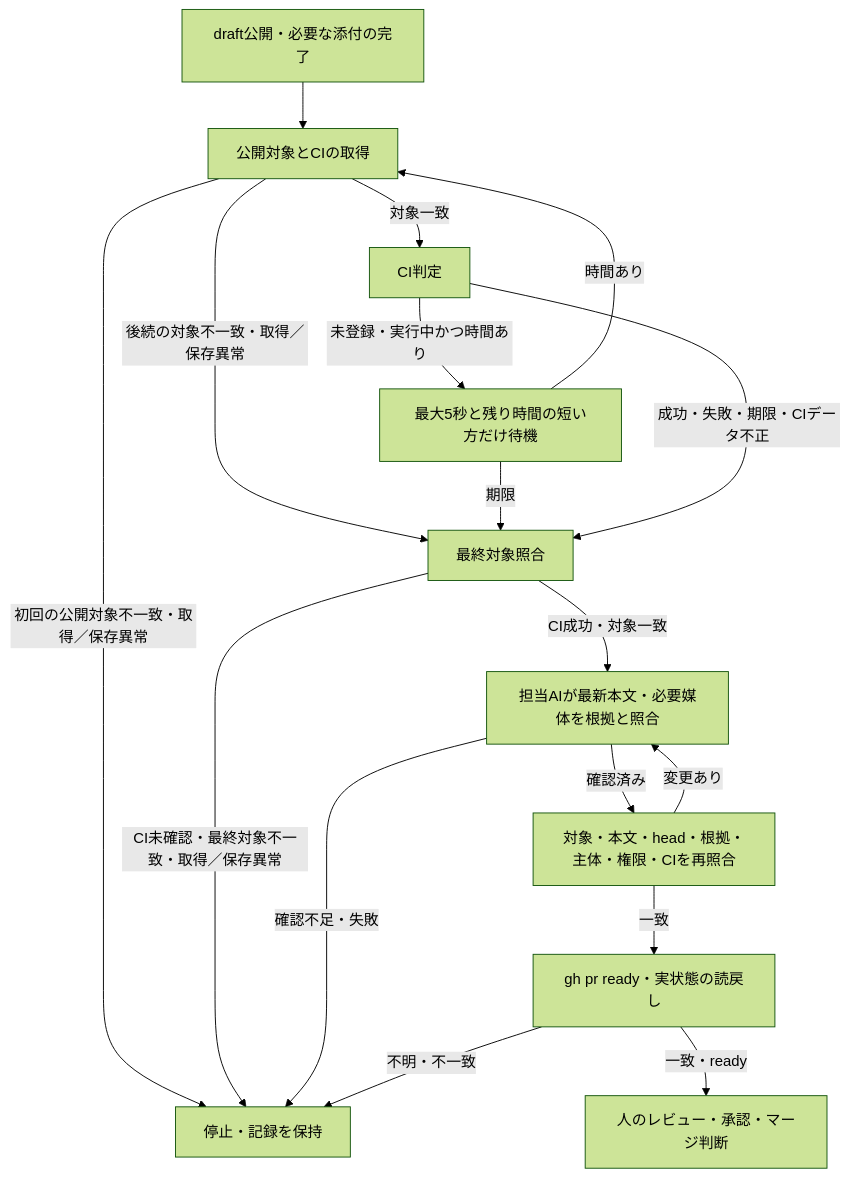
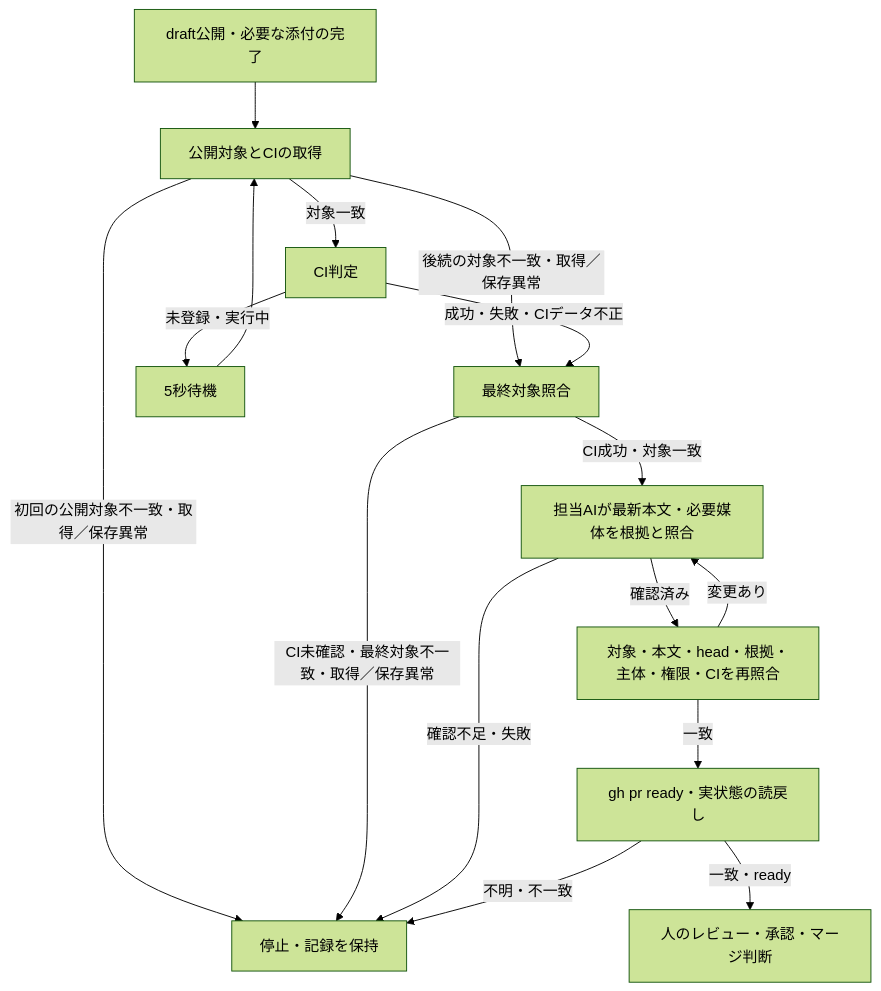
One commit to thkt/dotagents changed the diagram in scripts/README.md. Above: the diagram before and after it, drawn with Mermaid (forest theme). The commit also changed other lines of this file and 5 other files, not shown here.

````diff
--- a/scripts/README.md
+++ b/scripts/README.md
@@ -485,19 +487,18 @@
 ```mermaid
 flowchart TD
   A[draft公開・必要な添付の完了] --> P22[公開対象とCIの取得]
   P22 -->|初回の公開対象不一致・取得／保存異常| S[停止・記録を保持]
   P22 -->|対象一致| P24[CI判定]
   P22 -->|後続の対象不一致・取得／保存異常| P25[最終対象照合]
-  P24 -->|未登録・実行中かつ時間あり| W[最大5秒と残り時間の短い方だけ待機]
-  W -->|時間あり| P22
-  W -->|期限| P25
-  P24 -->|成功・失敗・期限・CIデータ不正| P25
+  P24 -->|未登録・実行中| W[5秒待機]
+  W --> P22
+  P24 -->|成功・失敗・CIデータ不正| P25
   P25 -->|CI未確認・最終対象不一致・取得／保存異常| S
   P25 -->|CI成功・対象一致| U01[担当AIが最新本文・必要媒体を根拠と照合]
   U01 -->|確認不足・失敗| S
   U01 -->|確認済み| R[対象・本文・head・根拠・主体・権限・CIを再照合]
   R -->|変更あり| U01
   R -->|一致| D[gh pr ready・実状態の読戻し]
   D -->|不明・不一致| S
   D -->|一致・ready| H[人のレビュー・承認・マージ判断]
 ```
````
